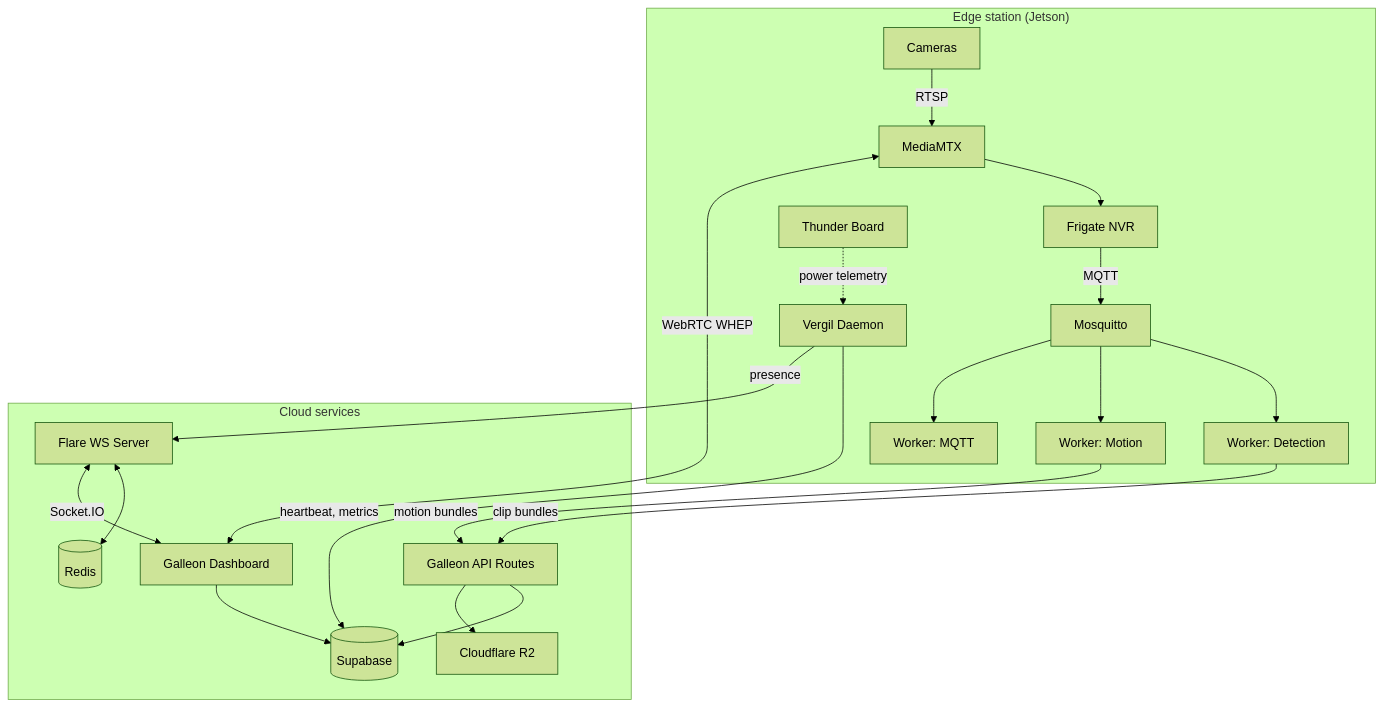
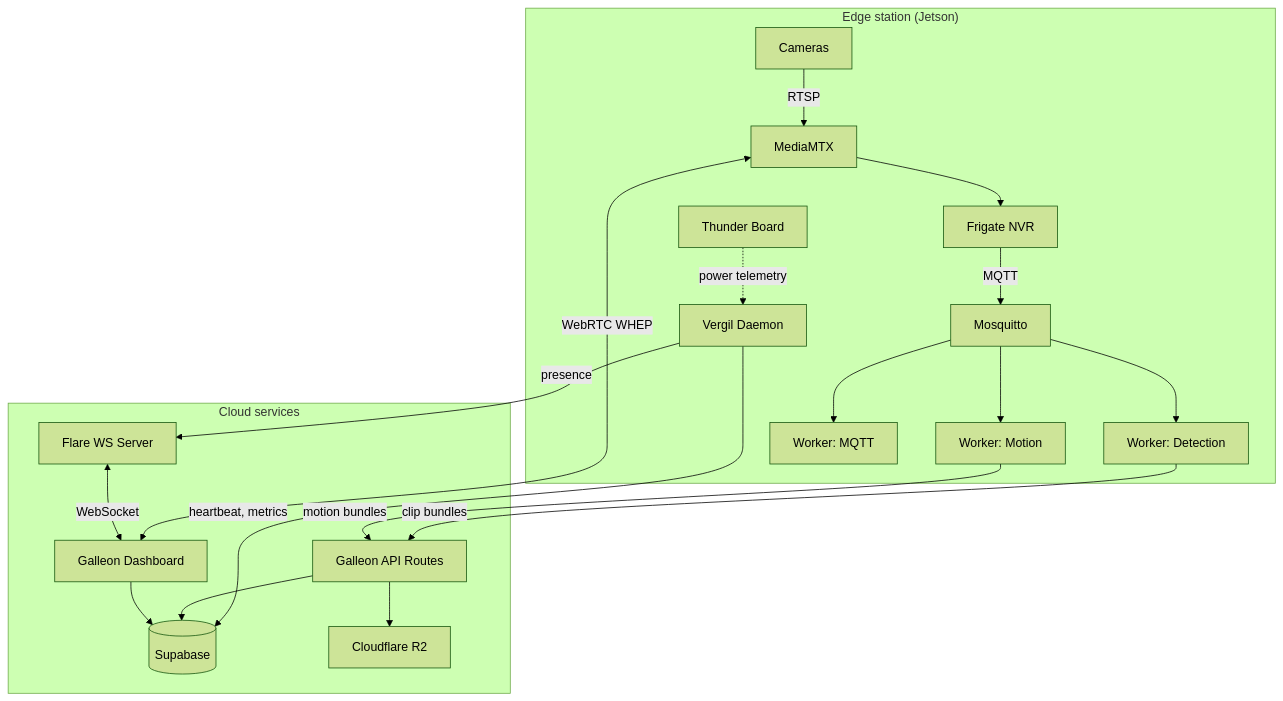
Before and after one commit to covenant-org/argus-one: the diagram in wiki/Architecture-Overview.md, drawn with Mermaid (forest theme). The commit also changed other lines of this file and 8 other files, not shown here.

````diff
--- a/wiki/Architecture-Overview.md
+++ b/wiki/Architecture-Overview.md
@@ -7,33 +7,31 @@
 ```mermaid
 flowchart TD
     subgraph Station["Edge station (Jetson)"]
         CAM[Cameras] -->|RTSP| MTX[MediaMTX]
         MTX --> FRG[Frigate NVR]
         FRG -->|MQTT| MOS[Mosquitto]
         MOS --> W1[Worker: Detection]
         MOS --> W2[Worker: Motion]
         MOS --> W3[Worker: MQTT]
         DAEMON[Vergil Daemon]
         TB[Thunder Board] -.->|power telemetry| DAEMON
     end
 
     subgraph Cloud["Cloud services"]
         GAL[Galleon Dashboard]
         API[Galleon API Routes]
         SB[(Supabase)]
         R2[Cloudflare R2]
         FL[Flare WS Server]
-        REDIS[(Redis)]
     end
 
     MTX <-->|WebRTC WHEP| GAL
     W1 -->|clip bundles| API
     W2 -->|motion bundles| API
     DAEMON -->|heartbeat, metrics| SB
     DAEMON -->|presence| FL
     API --> SB
     API --> R2
-    FL <--> REDIS
-    FL <-->|Socket.IO| GAL
+    FL <-->|WebSocket| GAL
     GAL --> SB
 ```
````
